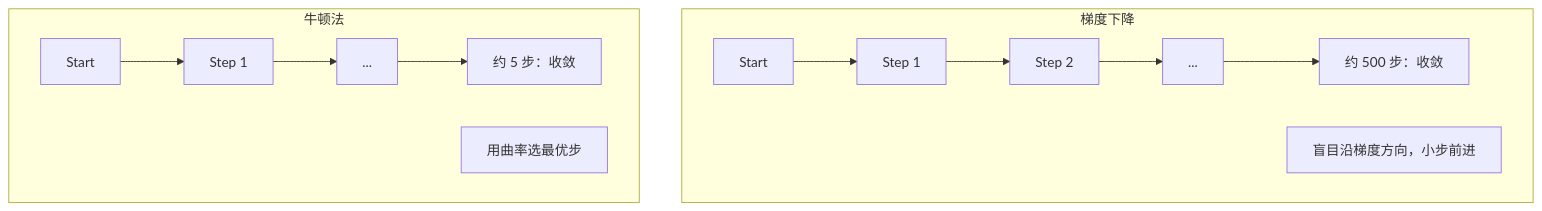
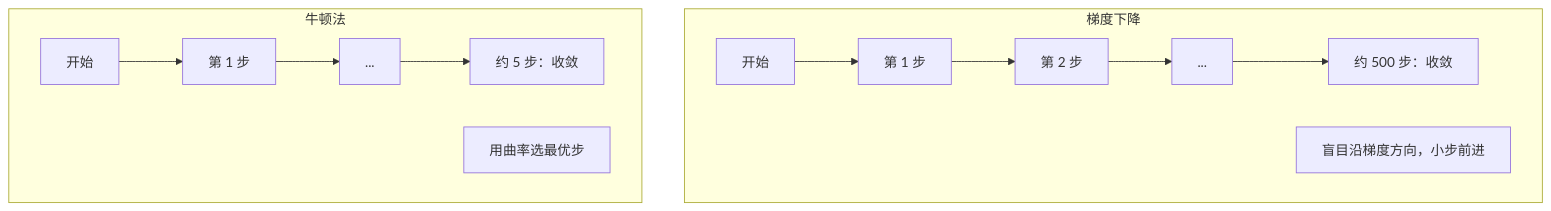
Before and after one commit to omigaZen/ai-engineering-from-scratch: the second of 4 diagrams in phases/01-math-foundations/18-convex-optimization/docs/zh.md, drawn with Mermaid.

Commit message:
feat(phase-01/18): polish convex optimization text

````diff
--- a/phases/01-math-foundations/18-convex-optimization/docs/zh.md
+++ b/phases/01-math-foundations/18-convex-optimization/docs/zh.md
@@ -175,16 +175,16 @@
 ```mermaid
 graph TD
     subgraph "梯度下降"
-        GD1["Start"] --> GD2["Step 1"]
-        GD2 --> GD3["Step 2"]
+        GD1["开始"] --> GD2["第 1 步"]
+        GD2 --> GD3["第 2 步"]
         GD3 --> GD4["..."]
         GD4 --> GD5["约 500 步：收敛"]
         GD_note["盲目沿梯度方向，小步前进"]
     end
     subgraph "牛顿法"
-        NM1["Start"] --> NM2["Step 1"]
+        NM1["开始"] --> NM2["第 1 步"]
         NM2 --> NM3["..."]
         NM3 --> NM4["约 5 步：收敛"]
         NM_note["用曲率选最优步"]
     end
 ```
````
